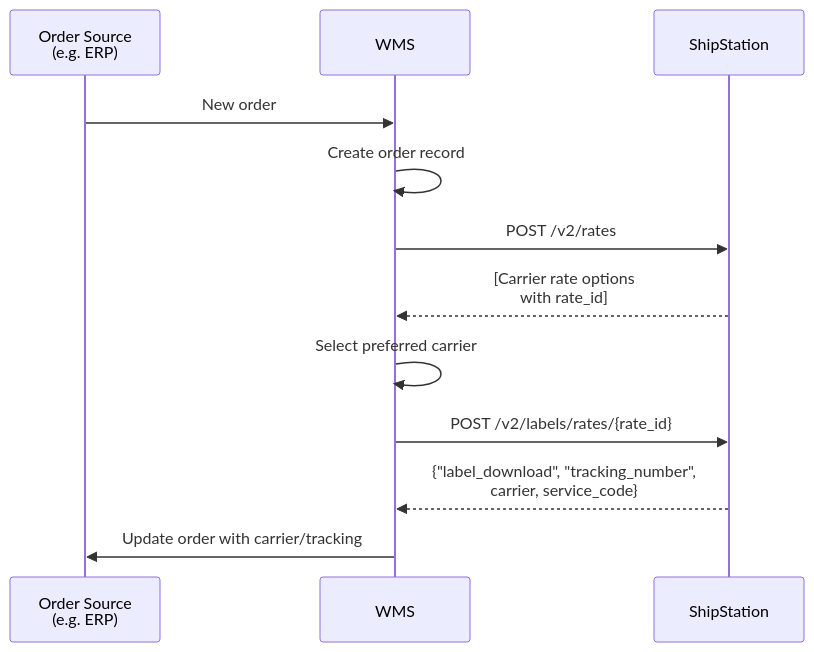
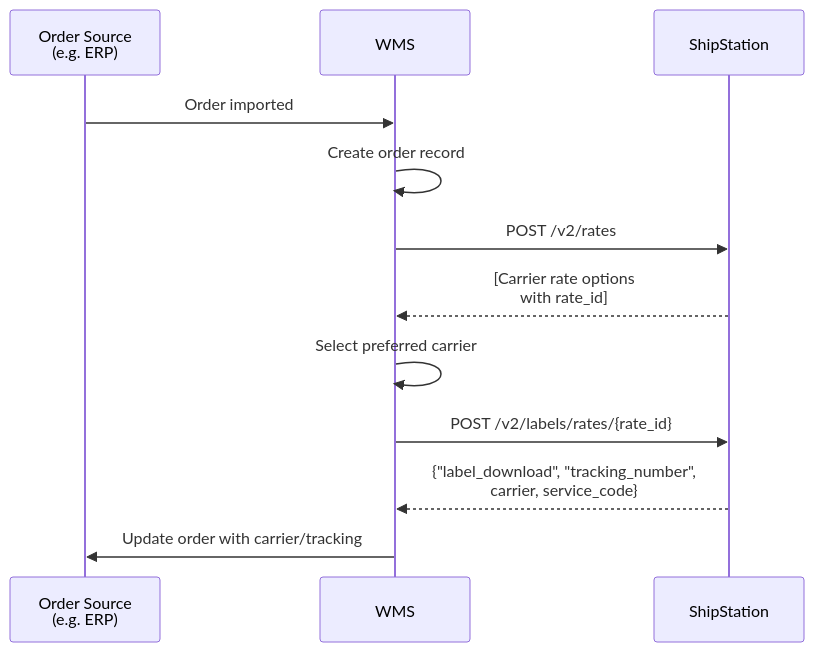
One commit to pmcgee-personal/shipstation-integration-toolkit changed the diagram in patterns/wms/wms-rate-label-print.md. Above: the diagram before and after it, drawn with Mermaid. The commit also changed 6 other files, not shown here.

````diff
--- a/patterns/wms/wms-rate-label-print.md
+++ b/patterns/wms/wms-rate-label-print.md
@@ -9,18 +9,18 @@
 ```mermaid
 sequenceDiagram
     participant Src as Order Source<br/>(e.g. ERP)
     participant WMS as WMS
     participant SS as ShipStation
 
-    Src->>WMS: New order
+    Src->>WMS: Order imported
     WMS->>WMS: Create order record
 
     WMS->>SS: POST /v2/rates
     SS-->>WMS: [Carrier rate options<br/>with rate_id]
 
     WMS->>WMS: Select preferred carrier
     WMS->>SS: POST /v2/labels/rates/{rate_id}
     SS-->>WMS: {"label_download", "tracking_number",<br/>carrier, service_code}
 
     WMS->>Src: Update order with carrier/tracking
 ```
````
